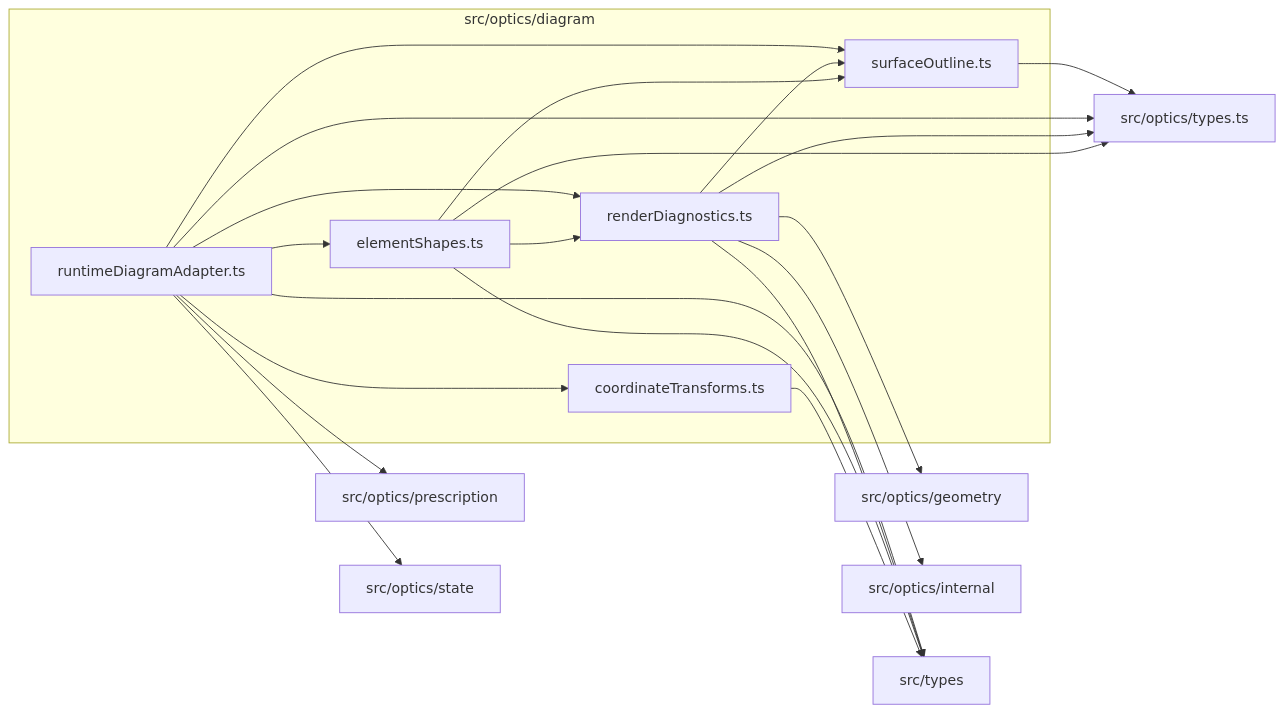
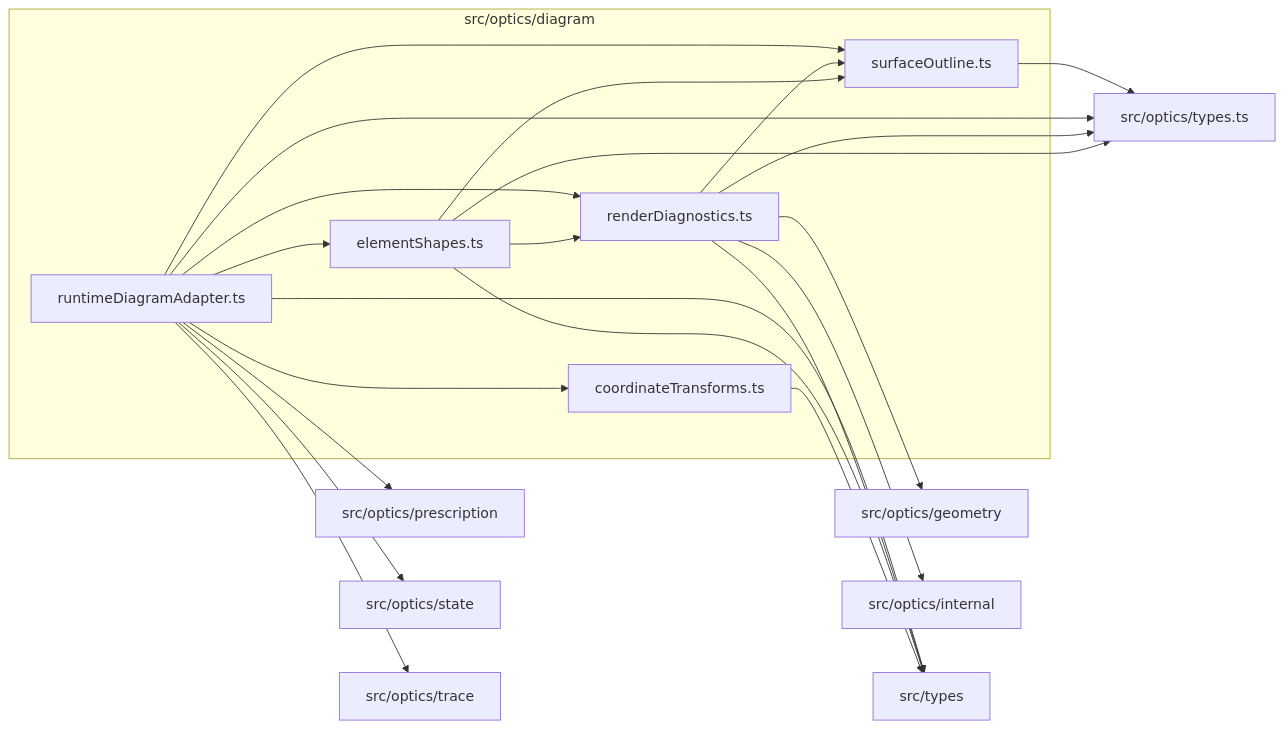
One commit to ronbuening/LensVisualizer changed the diagram in src/optics/diagram/readme.md. Above: the diagram before and after it, drawn with Mermaid. The commit also changed other lines of this file and 30 other files, not shown here.

````diff
--- a/src/optics/diagram/readme.md
+++ b/src/optics/diagram/readme.md
@@ -9,35 +9,37 @@
 ```mermaid
 flowchart LR
   subgraph n_src_optics_diagram["src/optics/diagram"]
     n_src_optics_diagram_src_optics_diagram_coordinateTransforms_ts["coordinateTransforms.ts"]
     n_src_optics_diagram_src_optics_diagram_elementShapes_ts["elementShapes.ts"]
     n_src_optics_diagram_src_optics_diagram_renderDiagnostics_ts["renderDiagnostics.ts"]
     n_src_optics_diagram_src_optics_diagram_runtimeDiagramAdapter_ts["runtimeDiagramAdapter.ts"]
     n_src_optics_diagram_src_optics_diagram_surfaceOutline_ts["surfaceOutline.ts"]
   end
   n_external_src_optics_geometry["src/optics/geometry"]
   n_external_src_optics_internal["src/optics/internal"]
   n_external_src_optics_prescription["src/optics/prescription"]
   n_external_src_optics_state["src/optics/state"]
+  n_external_src_optics_trace["src/optics/trace"]
   n_external_src_optics_types_ts["src/optics/types.ts"]
   n_external_src_types["src/types"]
   n_src_optics_diagram_src_optics_diagram_renderDiagnostics_ts --> n_external_src_optics_geometry
   n_src_optics_diagram_src_optics_diagram_renderDiagnostics_ts --> n_external_src_optics_internal
   n_src_optics_diagram_src_optics_diagram_runtimeDiagramAdapter_ts --> n_external_src_optics_prescription
   n_src_optics_diagram_src_optics_diagram_runtimeDiagramAdapter_ts --> n_external_src_optics_state
+  n_src_optics_diagram_src_optics_diagram_runtimeDiagramAdapter_ts --> n_external_src_optics_trace
   n_src_optics_diagram_src_optics_diagram_elementShapes_ts --> n_external_src_optics_types_ts
   n_src_optics_diagram_src_optics_diagram_renderDiagnostics_ts --> n_external_src_optics_types_ts
   n_src_optics_diagram_src_optics_diagram_runtimeDiagramAdapter_ts --> n_external_src_optics_types_ts
   n_src_optics_diagram_src_optics_diagram_surfaceOutline_ts --> n_external_src_optics_types_ts
   n_src_optics_diagram_src_optics_diagram_coordinateTransforms_ts --> n_external_src_types
   n_src_optics_diagram_src_optics_diagram_elementShapes_ts --> n_external_src_types
   n_src_optics_diagram_src_optics_diagram_renderDiagnostics_ts --> n_external_src_types
   n_src_optics_diagram_src_optics_diagram_runtimeDiagramAdapter_ts --> n_external_src_types
   n_src_optics_diagram_src_optics_diagram_runtimeDiagramAdapter_ts --> n_src_optics_diagram_src_optics_diagram_coordinateTransforms_ts
   n_src_optics_diagram_src_optics_diagram_runtimeDiagramAdapter_ts --> n_src_optics_diagram_src_optics_diagram_elementShapes_ts
   n_src_optics_diagram_src_optics_diagram_elementShapes_ts --> n_src_optics_diagram_src_optics_diagram_renderDiagnostics_ts
   n_src_optics_diagram_src_optics_diagram_runtimeDiagramAdapter_ts --> n_src_optics_diagram_src_optics_diagram_renderDiagnostics_ts
   n_src_optics_diagram_src_optics_diagram_elementShapes_ts --> n_src_optics_diagram_src_optics_diagram_surfaceOutline_ts
   n_src_optics_diagram_src_optics_diagram_renderDiagnostics_ts --> n_src_optics_diagram_src_optics_diagram_surfaceOutline_ts
   n_src_optics_diagram_src_optics_diagram_runtimeDiagramAdapter_ts --> n_src_optics_diagram_src_optics_diagram_surfaceOutline_ts
 ```
````
